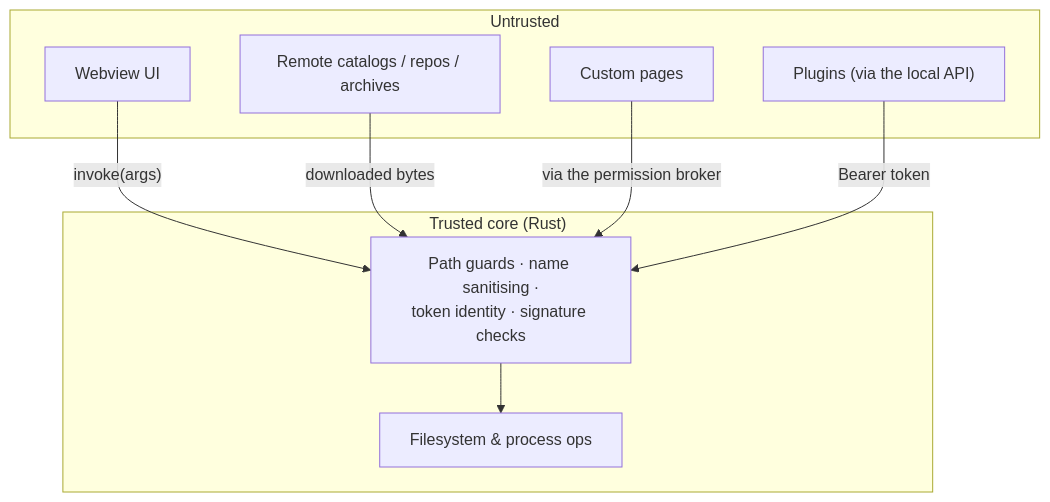
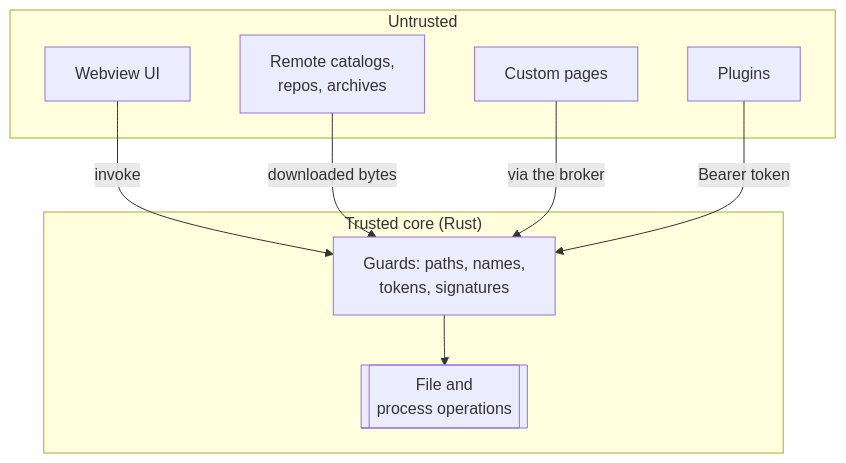
One commit to FreeProject089/BetterModsManager changed the first of 3 diagrams in frontend/assets/docs/en/how-it-works/security.md. Above: the diagram before and after it, drawn with Mermaid. The commit also changed other lines of this file and 176 other files, not shown here.

````diff
--- a/frontend/assets/docs/en/how-it-works/security.md
+++ b/frontend/assets/docs/en/how-it-works/security.md
@@ -13,18 +13,18 @@
 ```mermaid
-flowchart TB
-    subgraph Untrusted
+flowchart TD
+    subgraph UNTRUSTED["Untrusted"]
         WV["Webview UI"]
-        NET["Remote catalogs / repos / archives"]
+        NET["Remote catalogs,<br/>repos, archives"]
         PAGE["Custom pages"]
-        PLUG["Plugins (via the local API)"]
+        PLUG["Plugins"]
     end
-    subgraph Trusted["Trusted core (Rust)"]
-        GUARD["Path guards · name sanitising ·<br/>token identity · signature checks"]
-        CORE["Filesystem &amp; process ops"]
+    subgraph TRUSTED["Trusted core (Rust)"]
+        GUARD["Guards: paths, names,<br/>tokens, signatures"]
+        CORE[["File and<br/>process operations"]]
     end
-    WV -- "invoke(args)" --> GUARD
+    WV -- "invoke" --> GUARD
     NET -- "downloaded bytes" --> GUARD
-    PAGE -- "via the permission broker" --> GUARD
+    PAGE -- "via the broker" --> GUARD
     PLUG -- "Bearer token" --> GUARD
     GUARD --> CORE
 ```
````
